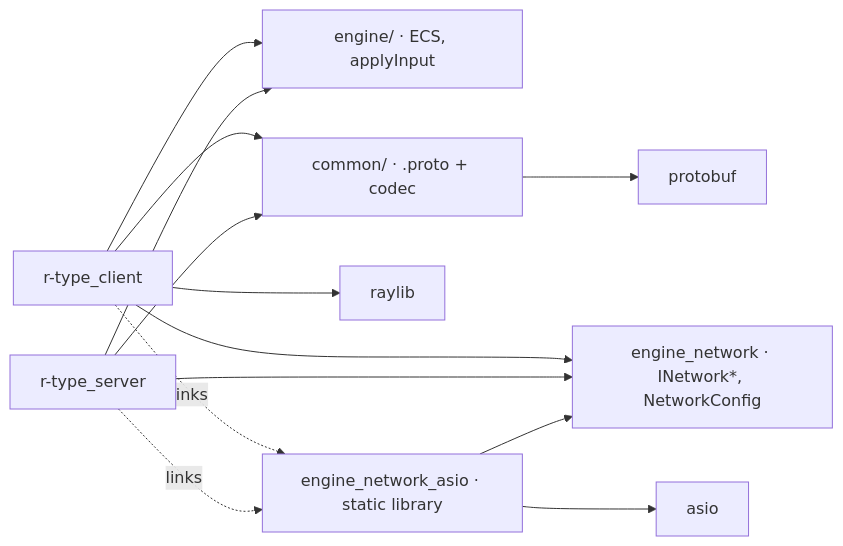
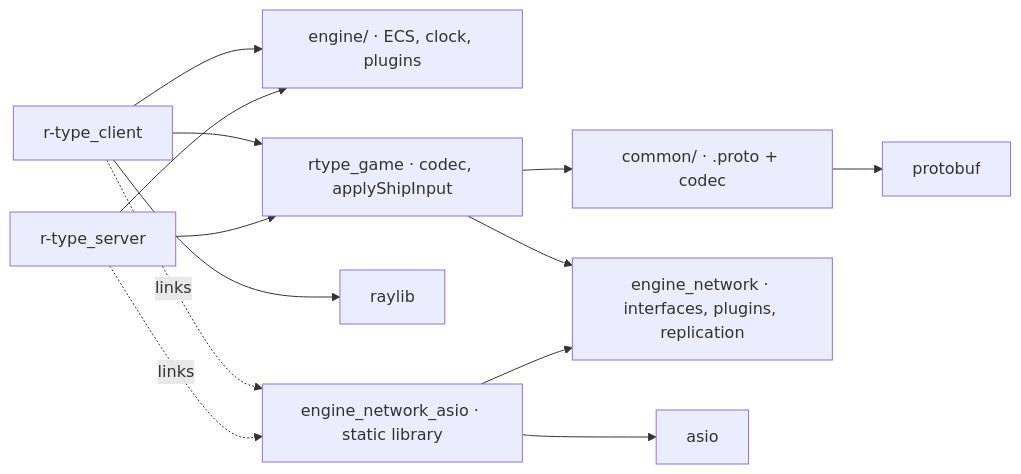
The fourth of 4 diagrams in docs/architecture/client-server.md (Matt4401/Mirror-Rtype), drawn with Mermaid before and after one commit. The commit also changed other lines of this file and 11 other files, not shown here.

````diff
--- a/docs/architecture/client-server.md
+++ b/docs/architecture/client-server.md
@@ -252,16 +252,16 @@
 ```mermaid
 flowchart LR
     CLIENT["r-type_client"] --> ENGINE
-    CLIENT --> COMMON
-    CLIENT --> IFACE
+    CLIENT --> GAME
     CLIENT --> RAY["raylib"]
     SERVER["r-type_server"] --> ENGINE
-    SERVER --> COMMON
-    SERVER --> IFACE
+    SERVER --> GAME
+    GAME["rtype_game · codec, applyShipInput"] --> COMMON
+    GAME --> IFACE
     CLIENT -.->|links| NET
     SERVER -.->|links| NET
-    NET["engine_network_asio · static library"] --> IFACE["engine_network · INetwork*, NetworkConfig"]
+    NET["engine_network_asio · static library"] --> IFACE["engine_network · interfaces, plugins, replication"]
     NET --> ASIO["asio"]
     COMMON["common/ · .proto + codec"] --> PB["protobuf"]
-    ENGINE["engine/ · ECS, applyInput"]
+    ENGINE["engine/ · ECS, clock, plugins"]
 ```
````
